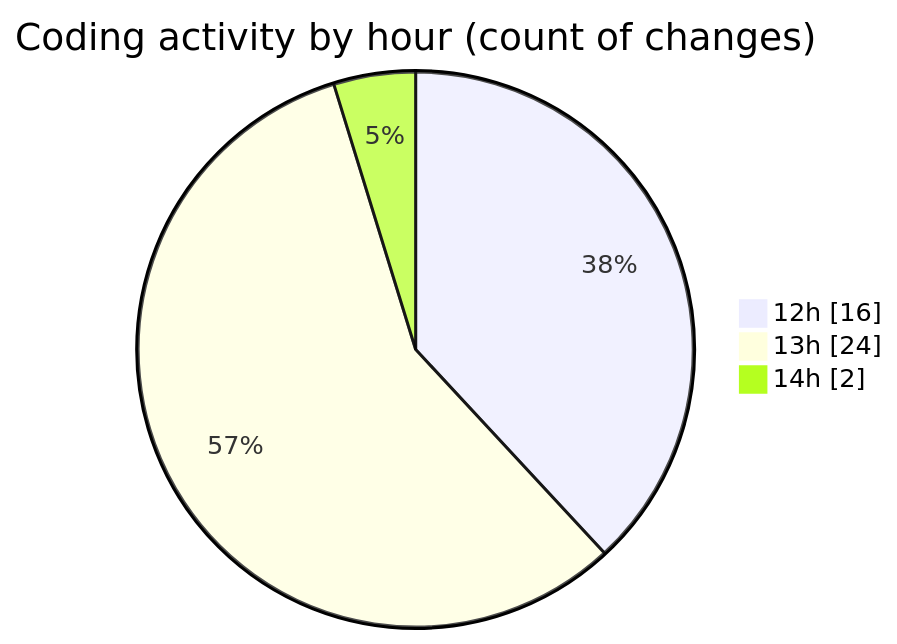
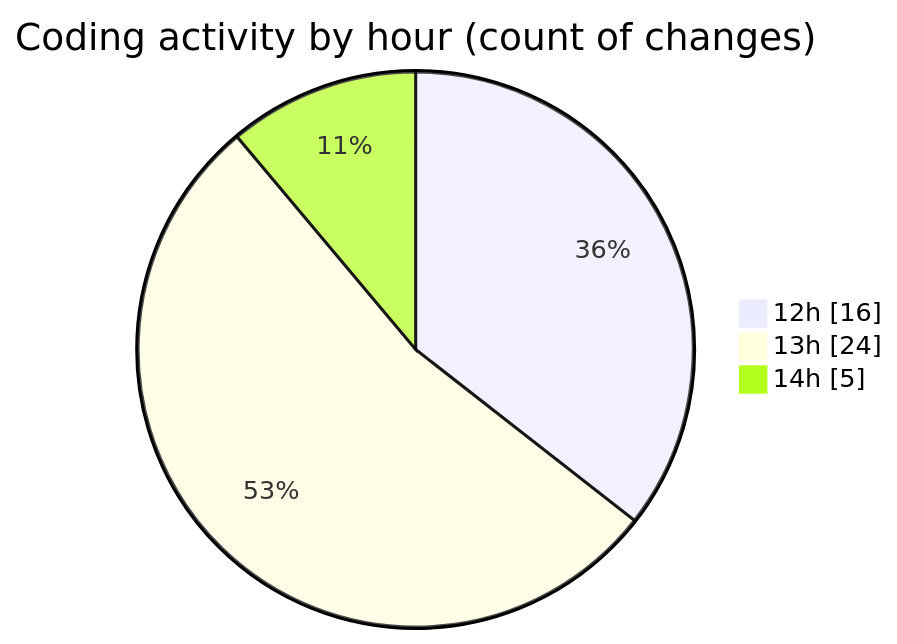
One commit to nxtqubesakshisongat/code-tracking changed the second of 2 diagrams in 2025-06-27/nxtqube_webapp/README.md. Above: the diagram before and after it, drawn with Mermaid. The commit also changed other lines of this file and 1 other file, not shown here.

````diff
--- a/2025-06-27/nxtqube_webapp/README.md
+++ b/2025-06-27/nxtqube_webapp/README.md
@@ -32,7 +32,7 @@
 ```mermaid
 pie showData
 title Coding activity by hour (count of changes)
 "12h" : 16
 "13h" : 24
-"14h" : 2
+"14h" : 5
 ```
````
